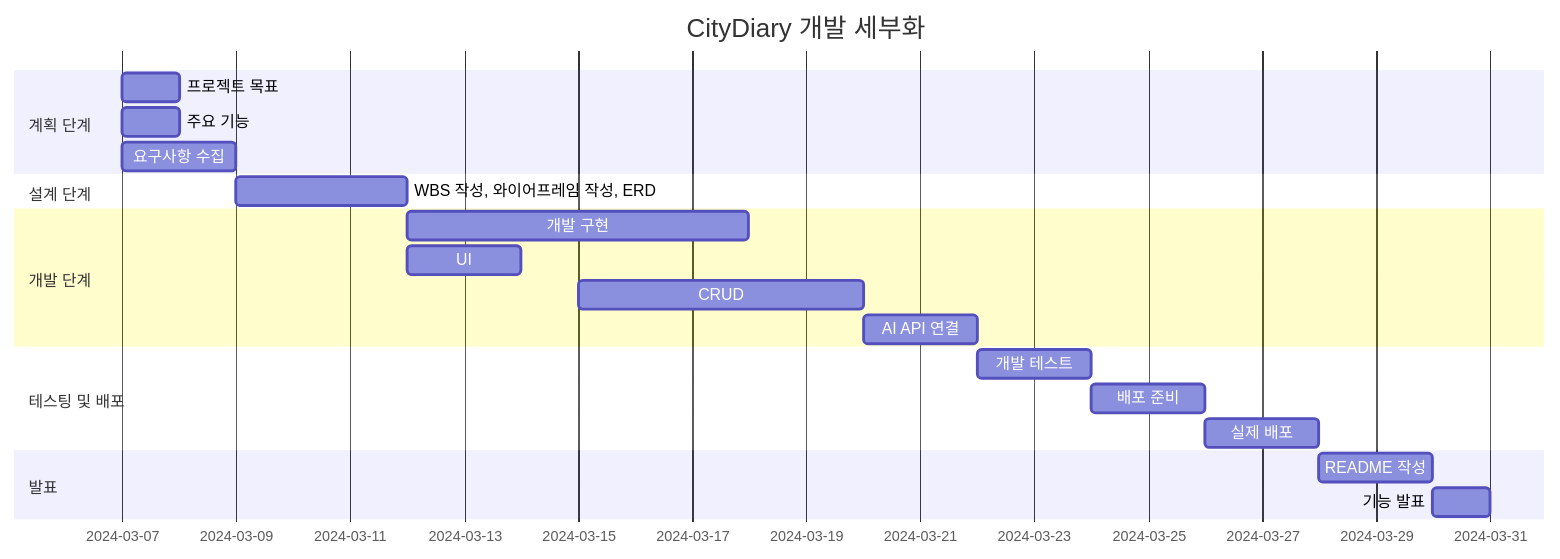
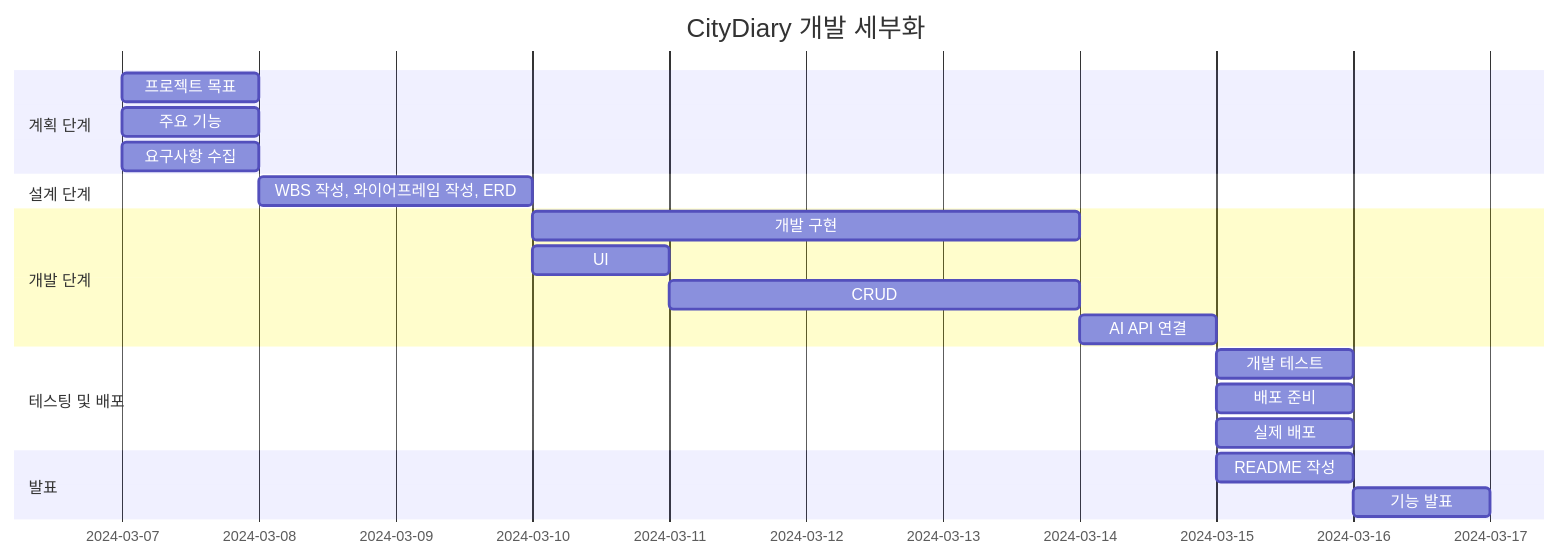
Before and after one commit to soohyun020812/Portfolio_CityDiary: the diagram in README.md, drawn with Mermaid.

````diff
--- a/README.md
+++ b/README.md
@@ -42,28 +42,28 @@
 ```mermaid
 gantt
     title CityDiary 개발 세부화
     dateFormat    YYYY-MM-DD
 
     section 계획 단계
     프로젝트 목표 : 2024-03-07, 1d
     주요 기능 : 2024-03-07, 1d
-    요구사항 수집 : 2024-03-07, 2d
+    요구사항 수집 : 2024-03-07, 1d
     
     section 설계 단계
-    WBS 작성, 와이어프레임 작성, ERD : 2024-03-09, 3d
+    WBS 작성, 와이어프레임 작성, ERD : 2024-03-08, 2d
 
     section 개발 단계
-    개발 구현 : 2024-03-12, 6d
-    UI : 2024-03-12, 2d
-    CRUD : 2024-03-15, 5d
-    AI API 연결 : 2024-03-20, 2d
+    개발 구현 : 2024-03-10, 4d
+    UI : 2024-03-10, 1d
+    CRUD : 2024-03-11, 3d
+    AI API 연결 : 2024-03-14, 1d
     
     section 테스팅 및 배포
-    개발 테스트 : 2024-03-22, 2d
-    배포 준비 : 2024-03-24, 2d
-    실제 배포 : 2024-03-26, 2d
+    개발 테스트 : 2024-03-15, 1d
+    배포 준비 : 2024-03-15, 1d
+    실제 배포 : 2024-03-15, 1d
 
     section 발표
-    README 작성 : 2024-03-28, 2d
-    기능 발표 : 2024-03-30, 1d
+    README 작성 : 2024-03-15, 1d
+    기능 발표 : 2024-03-16, 1d
 ```
````
